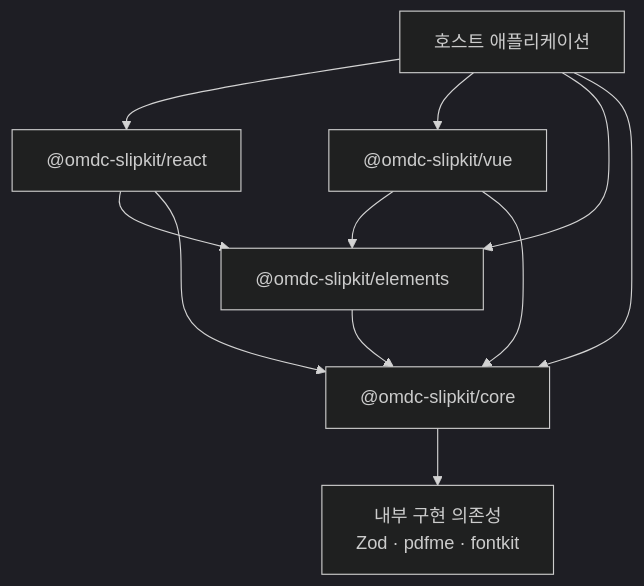
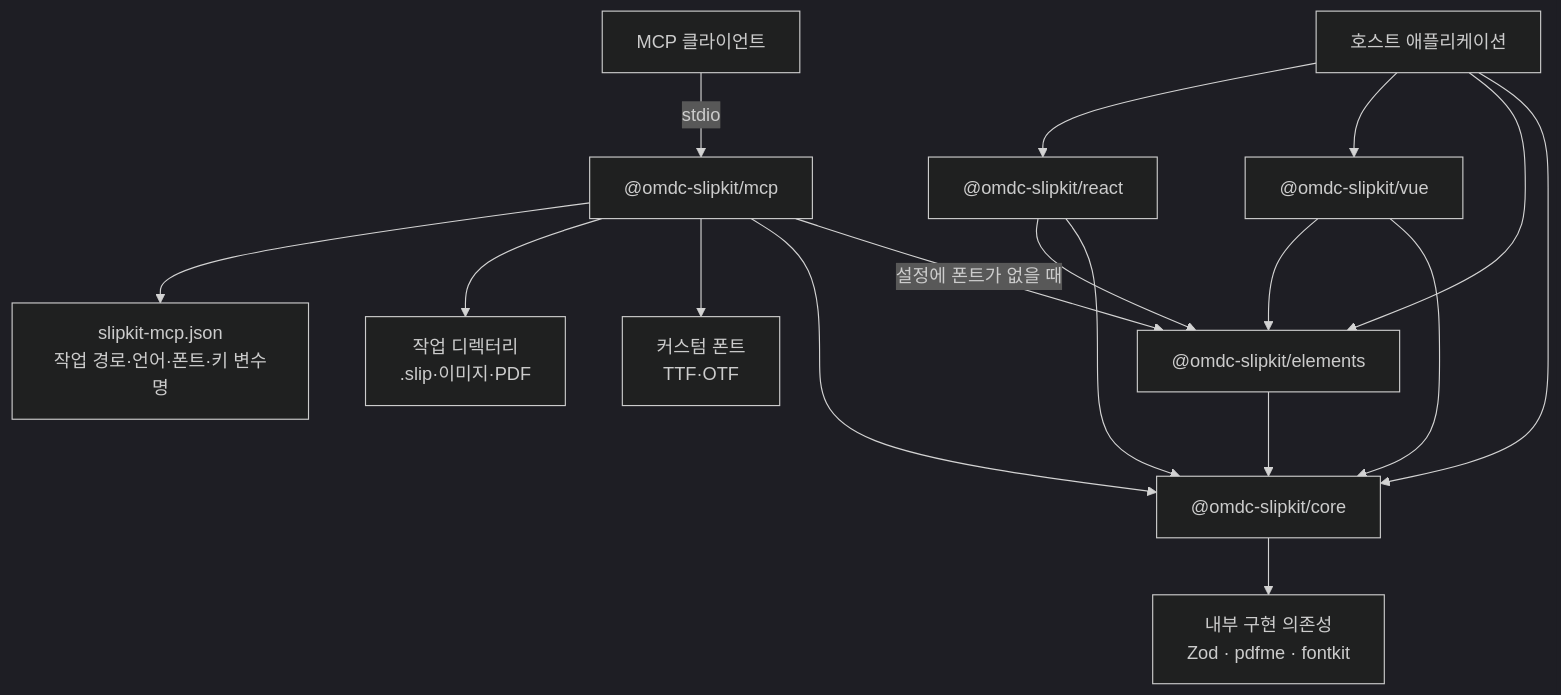
One commit to open-my-dev-com/drawing-report changed the second of 7 diagrams in docs/ARCHITECTURE.md. Above: the diagram before and after it, drawn with Mermaid (dark theme). The commit also changed other lines of this file and 55 other files, not shown here.

````diff
--- a/docs/ARCHITECTURE.md
+++ b/docs/ARCHITECTURE.md
@@ -70,23 +70,34 @@
 ```mermaid
 flowchart TB
     App["호스트 애플리케이션"]
 
     React["@omdc-slipkit/react"]
     Vue["@omdc-slipkit/vue"]
     Elements["@omdc-slipkit/elements"]
     Core["@omdc-slipkit/core"]
+    MCP["@omdc-slipkit/mcp"]
+    AI["MCP 클라이언트"]
+    Files["작업 디렉터리<br/>.slip·이미지·PDF"]
+    MCPConfig["slipkit-mcp.json<br/>작업 경로·언어·폰트·키 변수명"]
+    CustomFonts["커스텀 폰트<br/>TTF·OTF"]
 
     Internal["내부 구현 의존성<br/>Zod · pdfme · fontkit"]
 
     App --> React
     App --> Vue
     App --> Elements
     App --> Core
+    AI -->|"stdio"| MCP
+    MCP --> MCPConfig
+    MCP --> Files
+    MCP --> CustomFonts
 
     React --> Elements
     React --> Core
     Vue --> Elements
     Vue --> Core
     Elements --> Core
+    MCP --> Core
+    MCP -->|"설정에 폰트가 없을 때"| Elements
     Core --> Internal
 ```
````
